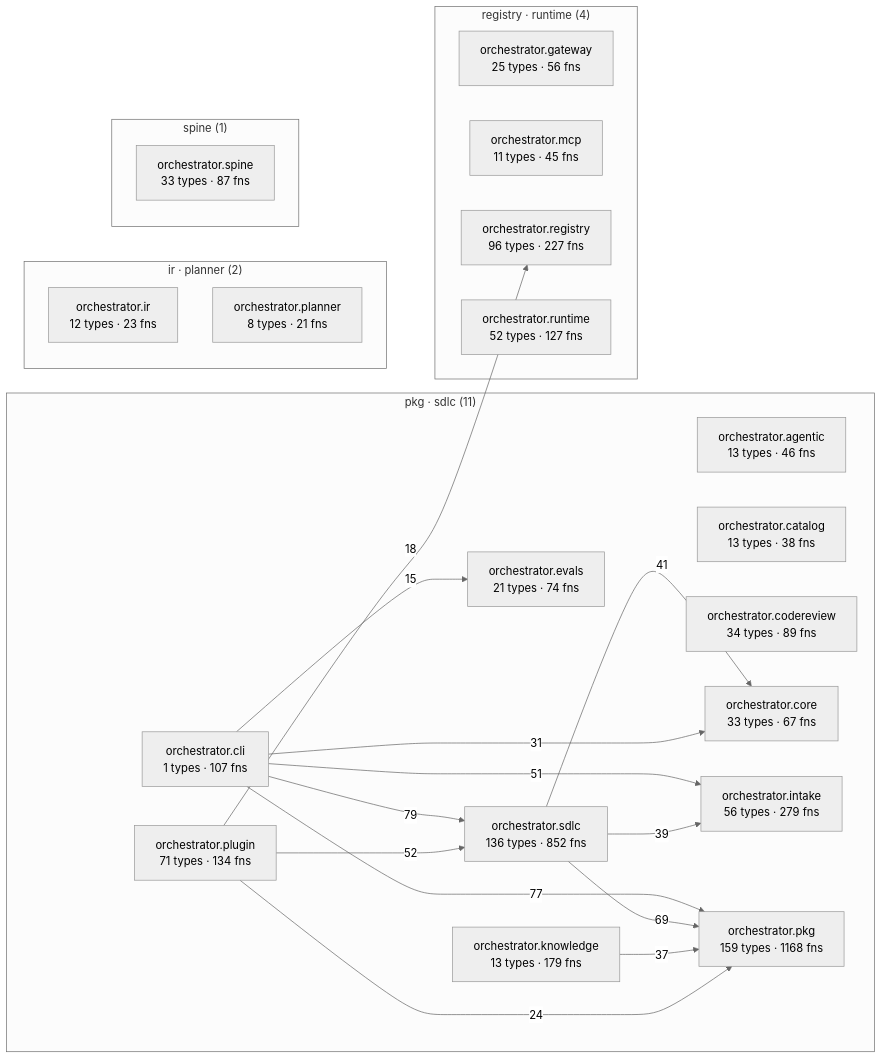
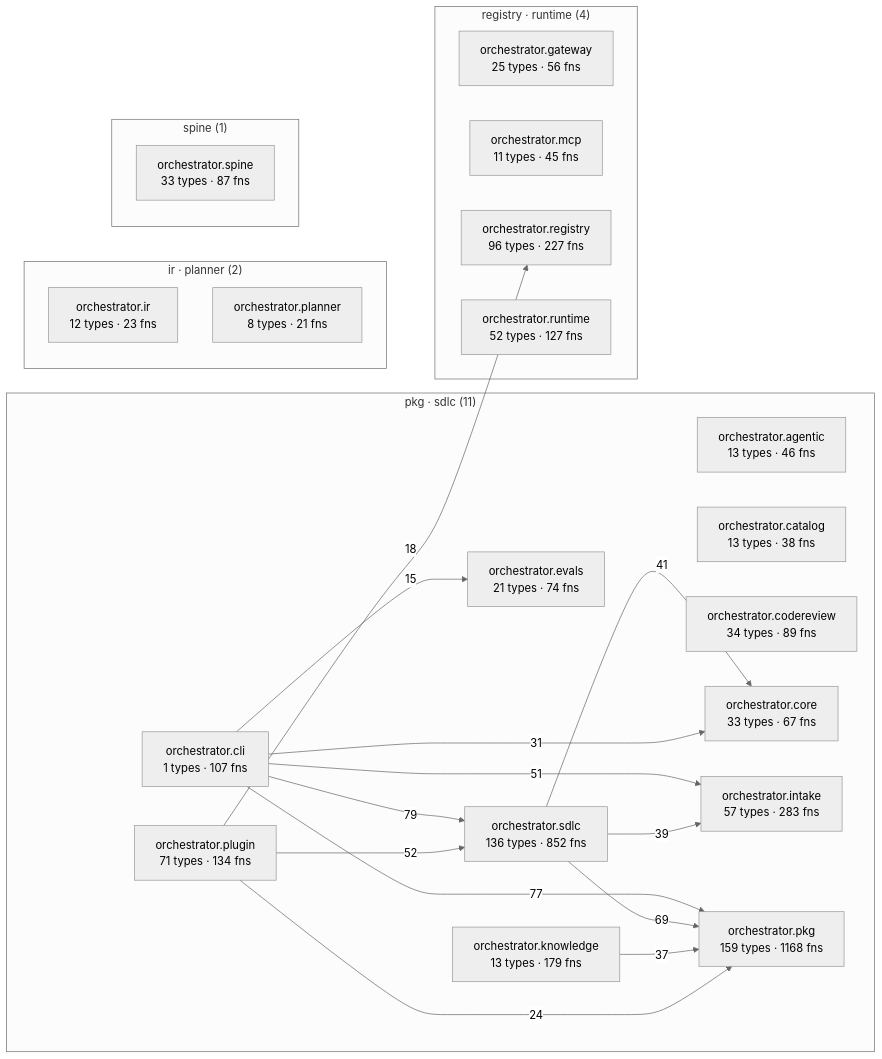
One commit to synaptixs/spine changed the diagram in episteme/architecture.md. Above: the diagram before and after it, drawn with Mermaid (neutral theme). The commit also changed other lines of this file and 8 other files, not shown here.

````diff
--- a/episteme/architecture.md
+++ b/episteme/architecture.md
@@ -55,41 +55,41 @@
 ```mermaid
 flowchart LR
   subgraph c_2["pkg · sdlc (11)"]
     aorchestratoragentic["orchestrator.agentic<br/>13 types · 46 fns"]
     aorchestratorcatalog["orchestrator.catalog<br/>13 types · 38 fns"]
     aorchestratorcli["orchestrator.cli<br/>1 types · 107 fns"]
     aorchestratorcodereview["orchestrator.codereview<br/>34 types · 89 fns"]
     aorchestratorcore["orchestrator.core<br/>33 types · 67 fns"]
     aorchestratorevals["orchestrator.evals<br/>21 types · 74 fns"]
-    aorchestratorintake["orchestrator.intake<br/>56 types · 279 fns"]
+    aorchestratorintake["orchestrator.intake<br/>57 types · 283 fns"]
     aorchestratorknowledge["orchestrator.knowledge<br/>13 types · 179 fns"]
     aorchestratorpkg["orchestrator.pkg<br/>159 types · 1168 fns"]
     aorchestratorplugin["orchestrator.plugin<br/>71 types · 134 fns"]
     aorchestratorsdlc["orchestrator.sdlc<br/>136 types · 852 fns"]
   end
   subgraph c_4["registry · runtime (4)"]
     aorchestratorgateway["orchestrator.gateway<br/>25 types · 56 fns"]
     aorchestratormcp["orchestrator.mcp<br/>11 types · 45 fns"]
     aorchestratorregistry["orchestrator.registry<br/>96 types · 227 fns"]
     aorchestratorruntime["orchestrator.runtime<br/>52 types · 127 fns"]
   end
   subgraph c_6["ir · planner (2)"]
     aorchestratorir["orchestrator.ir<br/>12 types · 23 fns"]
     aorchestratorplanner["orchestrator.planner<br/>8 types · 21 fns"]
   end
   subgraph c_11["spine (1)"]
     aorchestratorspine["orchestrator.spine<br/>33 types · 87 fns"]
   end
   aorchestratorcli -->|79| aorchestratorsdlc
   aorchestratorcli -->|77| aorchestratorpkg
   aorchestratorsdlc -->|69| aorchestratorpkg
   aorchestratorplugin -->|52| aorchestratorsdlc
   aorchestratorcli -->|51| aorchestratorintake
   aorchestratorsdlc -->|41| aorchestratorcore
   aorchestratorsdlc -->|39| aorchestratorintake
   aorchestratorknowledge -->|37| aorchestratorpkg
   aorchestratorcli -->|31| aorchestratorcore
   aorchestratorplugin -->|24| aorchestratorpkg
   aorchestratorplugin -->|18| aorchestratorregistry
   aorchestratorcli -->|15| aorchestratorevals
 ```
````
